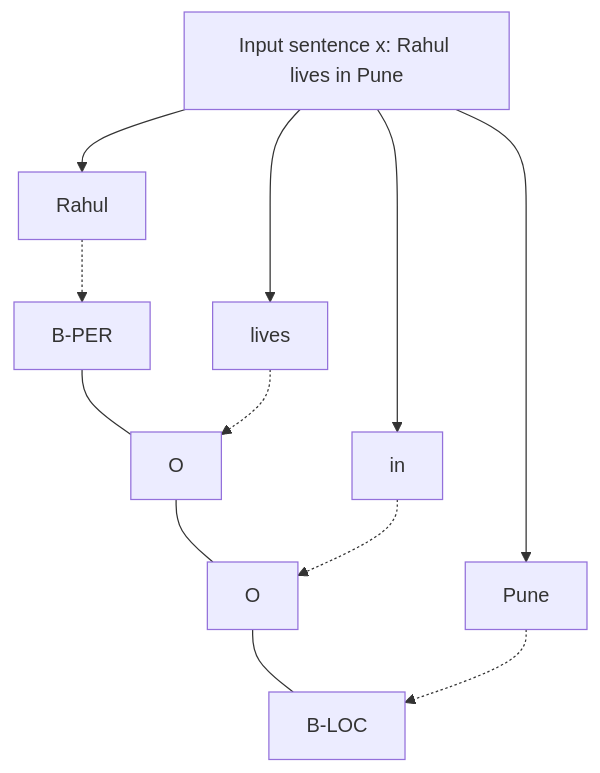
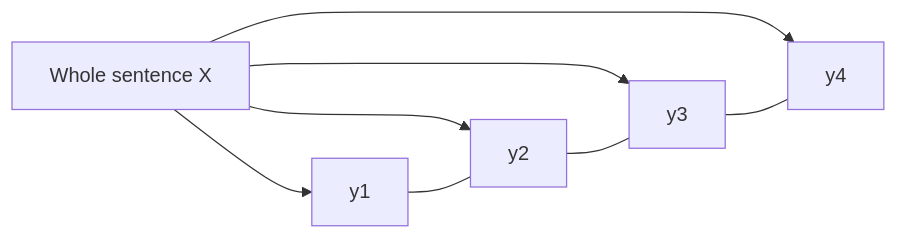
The diagram in content/natural-language-processing/pyq/2023-12-ce/q6b.mdx (TrendySloth1001/sem-seven-notes), drawn with Mermaid before and after one commit. The commit also changed other lines of this file and 406 other files, not shown here.

````diff
--- a/content/natural-language-processing/pyq/2023-12-ce/q6b.mdx
+++ b/content/natural-language-processing/pyq/2023-12-ce/q6b.mdx
@@ -24,14 +19,11 @@
 ```mermaid
-%% caption: In a linear-chain CRF each label depends on its neighbouring labels and can look at the entire input sentence.
-flowchart TD
-  X["Input sentence x: Rahul lives in Pune"]
-  X --> W1["Rahul"]
-  X --> W2["lives"]
-  X --> W3["in"]
-  X --> W4["Pune"]
-  Y1["B-PER"] --- Y2["O"] --- Y3["O"] --- Y4["B-LOC"]
-  W1 -.-> Y1
-  W2 -.-> Y2
-  W3 -.-> Y3
-  W4 -.-> Y4
+%% caption: A linear-chain CRF. Each label depends on its neighbouring labels and can look at the whole input sentence X.
+flowchart LR
+  X["Whole sentence X"] --> Y1["y1"]
+  X --> Y2["y2"]
+  X --> Y3["y3"]
+  X --> Y4["y4"]
+  Y1 --- Y2
+  Y2 --- Y3
+  Y3 --- Y4
 ```
````
